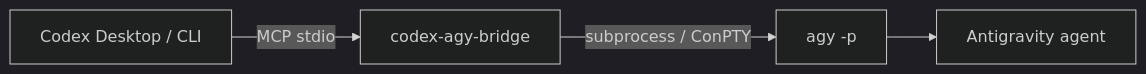
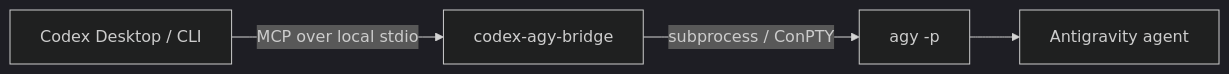
The diagram in README.md (cocainejia-dev/codex-antigravity-bridge), drawn with Mermaid (dark theme) before and after one commit. The commit also changed other lines of this file and 1 other file, not shown here.

````diff
--- a/README.md
+++ b/README.md
@@ -33,6 +26,6 @@
 ```mermaid
 flowchart LR
-    C[Codex Desktop / CLI] -->|MCP stdio| B[codex-agy-bridge]
+    C[Codex Desktop / CLI] -->|MCP over local stdio| B[codex-agy-bridge]
     B -->|subprocess / ConPTY| A[agy -p]
     A --> G[Antigravity agent]
 ```
````
